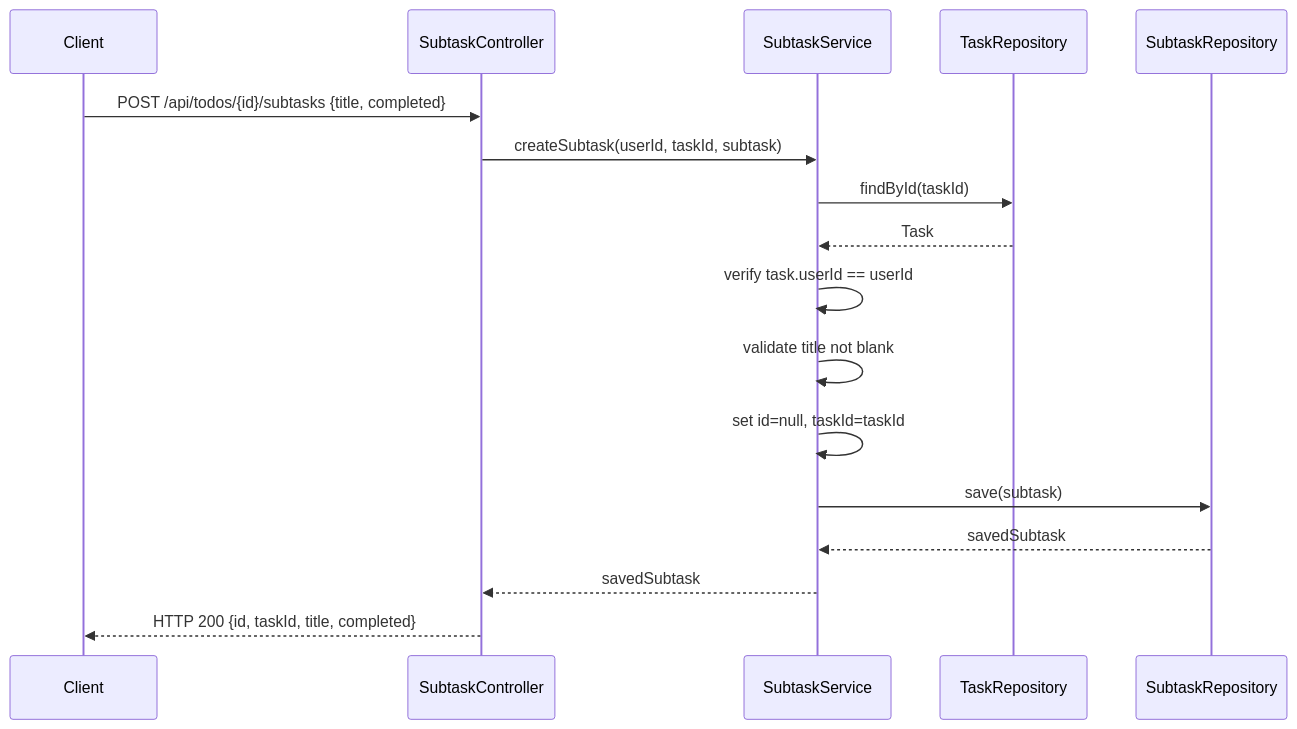
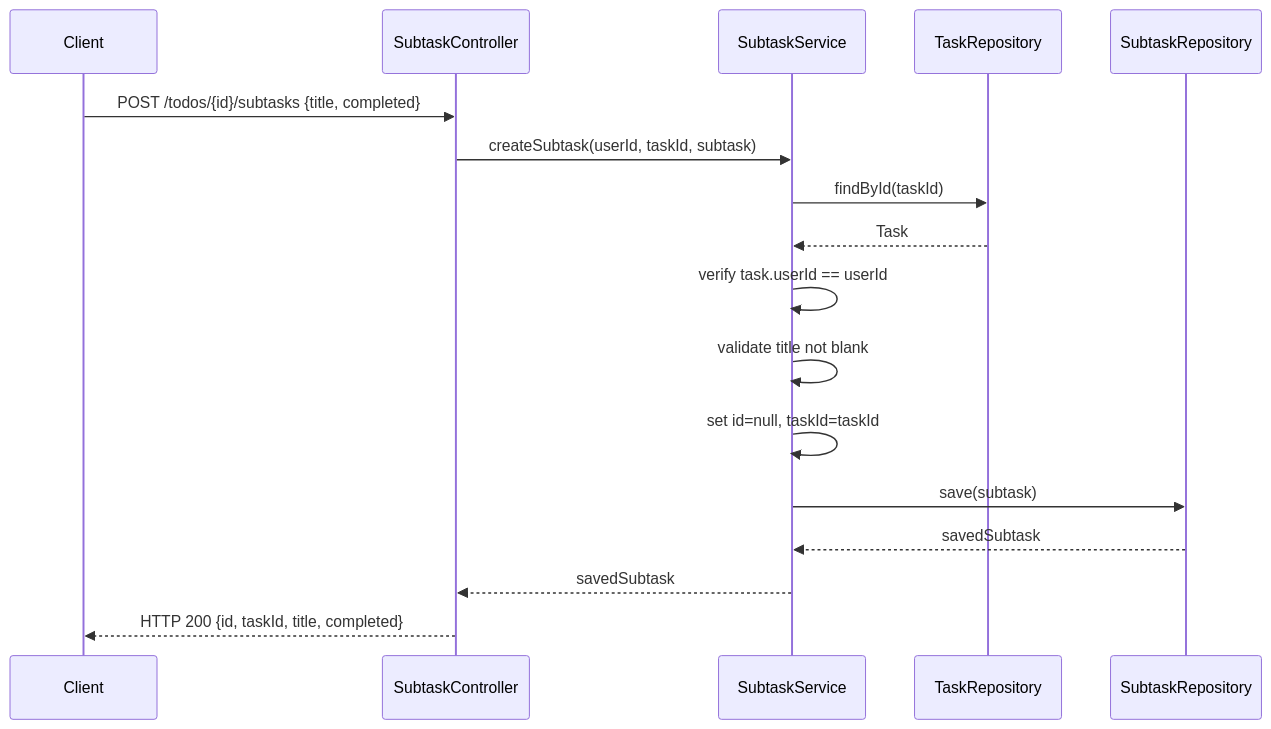
Before and after one commit to JaehoonSong12/PEP-Team02-TheDJs: the second of 4 diagrams in .kiro/specs/us04-subtask-organization/design.md, drawn with Mermaid. The commit also changed other lines of this file and 42 other files, not shown here.

````diff
--- a/.kiro/specs/us04-subtask-organization/design.md
+++ b/.kiro/specs/us04-subtask-organization/design.md
@@ -209,20 +222,20 @@
 ```mermaid
 sequenceDiagram
     participant C as Client
     participant SC as SubtaskController
     participant SS as SubtaskService
     participant TR as TaskRepository
     participant SR as SubtaskRepository
 
-    C->>SC: POST /api/todos/{id}/subtasks {title, completed}
+    C->>SC: POST /todos/{id}/subtasks {title, completed}
     SC->>SS: createSubtask(userId, taskId, subtask)
     SS->>TR: findById(taskId)
     TR-->>SS: Task
     SS->>SS: verify task.userId == userId
     SS->>SS: validate title not blank
     SS->>SS: set id=null, taskId=taskId
     SS->>SR: save(subtask)
     SR-->>SS: savedSubtask
     SS-->>SC: savedSubtask
     SC-->>C: HTTP 200 {id, taskId, title, completed}
 ```
````
